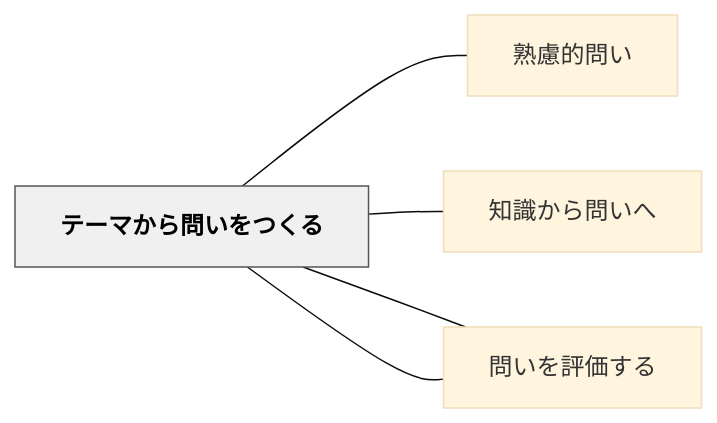
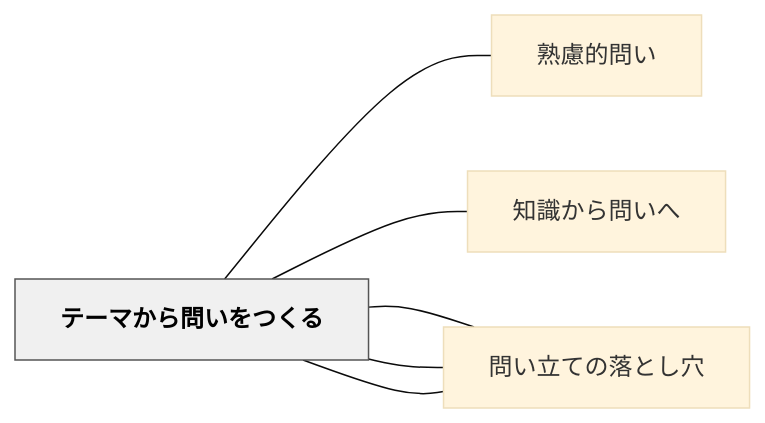
Before and after one commit to unknownthings-ed-patterns/unknownthings-ed-patterns: the diagram in content/パタン/テーマから問いをつくる.md, drawn with Mermaid (base theme). The commit also changed other lines of this file and 17 other files, not shown here.

````diff
--- a/content/パタン/テーマから問いをつくる.md
+++ b/content/パタン/テーマから問いをつくる.md
@@ -50,16 +51,18 @@
 ```mermaid
 flowchart LR
     ne38386e383bc["テーマから問いをつくる"]
     ne7869fe685ae["熟慮的問い"]
     ne79fa5e8ad98["知識から問いへ"]
     ne5958fe38184["問いを整理する"]
     ne5958fe38184["問いを評価する"]
+    ne5958fe38184["問い立ての落とし穴"]
 
     ne38386e383bc --- ne7869fe685ae
     ne38386e383bc --- ne79fa5e8ad98
+    ne38386e383bc --- ne5958fe38184
     ne38386e383bc --- ne5958fe38184
     ne38386e383bc --- ne5958fe38184
 
     classDef hub fill:#f0f0f0,stroke:#555,color:#000,font-weight:bold
     class ne38386e383bc hub
 ```
````
